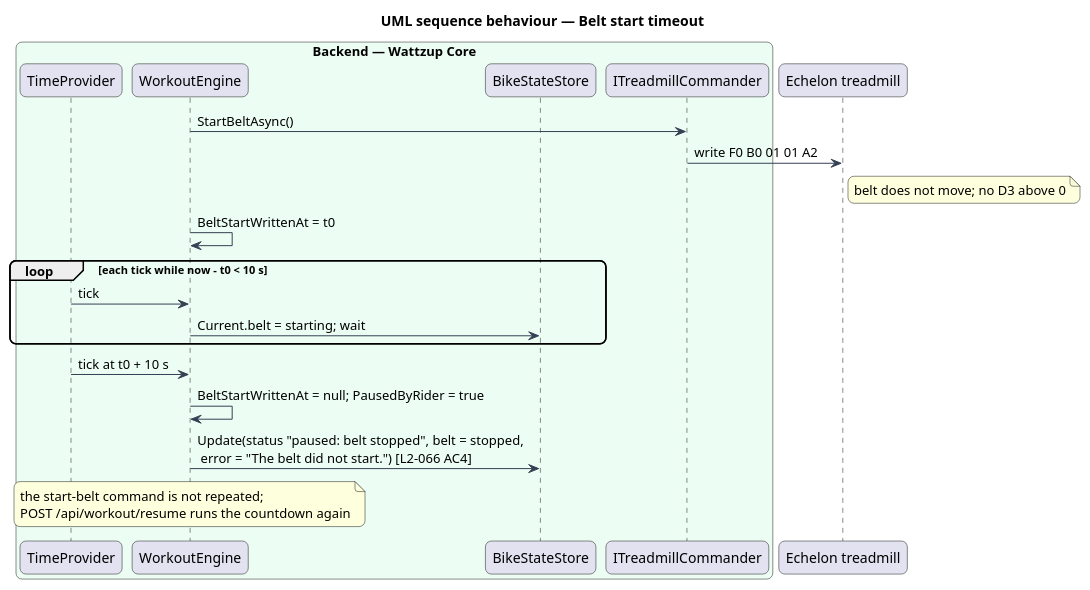
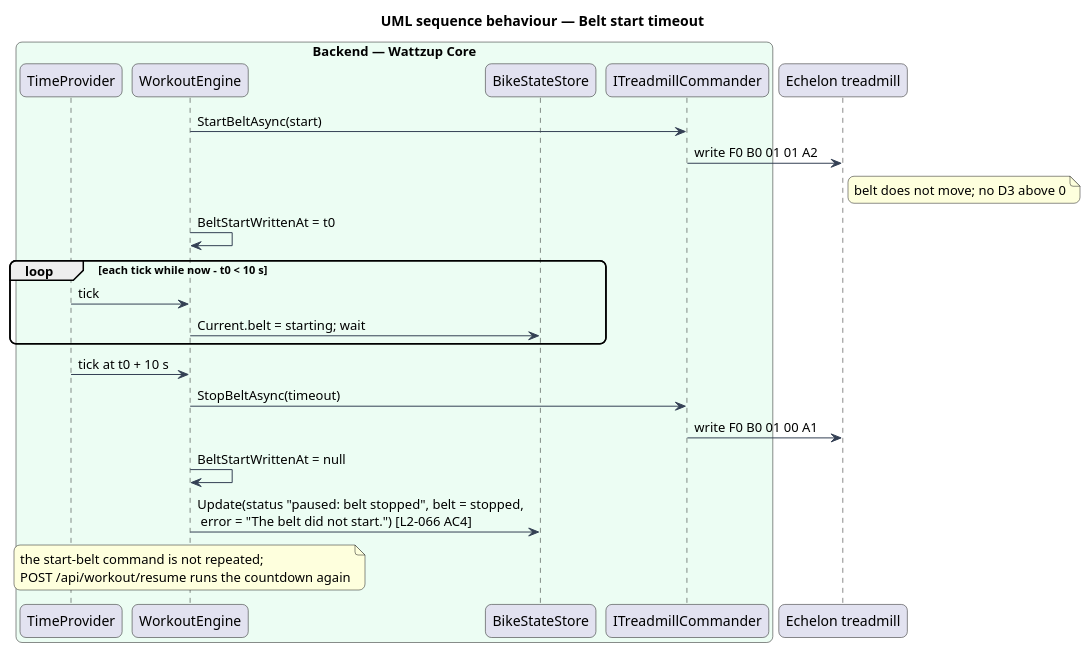
One commit to QuinntyneBrown/ride-one changed the diagram in docs/detailed-designs/treadmill/control-the-belt/diagrams/sequence-start-timeout.puml. Above: the diagram before and after it, drawn with PlantUML. The commit also changed 14 other files, not shown here.

Commit message:
Align treadmill designs with the implementation (engine fields, tolerance, totals, test names)

```diff
--- a/docs/detailed-designs/treadmill/control-the-belt/diagrams/sequence-start-timeout.puml
+++ b/docs/detailed-designs/treadmill/control-the-belt/diagrams/sequence-start-timeout.puml
@@ -1,28 +1,30 @@
 @startuml
 title UML sequence behaviour — Belt start timeout
 skinparam backgroundColor #FFFFFF
 skinparam shadowing false
 skinparam roundcorner 12
 skinparam defaultFontName Arial
 skinparam ArrowColor #344054
 box "Backend — Wattzup Core" #ECFDF3
   participant "TimeProvider" as clock
   participant "WorkoutEngine" as engine
   participant "BikeStateStore" as store
   participant "ITreadmillCommander" as cmdr
 end box
 participant "Echelon treadmill" as treadmill
 
-engine -> cmdr : StartBeltAsync()
+engine -> cmdr : StartBeltAsync(start)
 cmdr -> treadmill : write F0 B0 01 01 A2
 note right of treadmill : belt does not move; no D3 above 0
 engine -> engine : BeltStartWrittenAt = t0
 loop each tick while now - t0 < 10 s
   clock -> engine : tick
   engine -> store : Current.belt = starting; wait
 end
 clock -> engine : tick at t0 + 10 s
-engine -> engine : BeltStartWrittenAt = null; PausedByRider = true
+engine -> cmdr : StopBeltAsync(timeout)
+cmdr -> treadmill : write F0 B0 01 00 A1
+engine -> engine : BeltStartWrittenAt = null
 engine -> store : Update(status "paused: belt stopped", belt = stopped,\n error = "The belt did not start.") [L2-066 AC4]
 note over engine : the start-belt command is not repeated;\nPOST /api/workout/resume runs the countdown again
 @enduml
```
